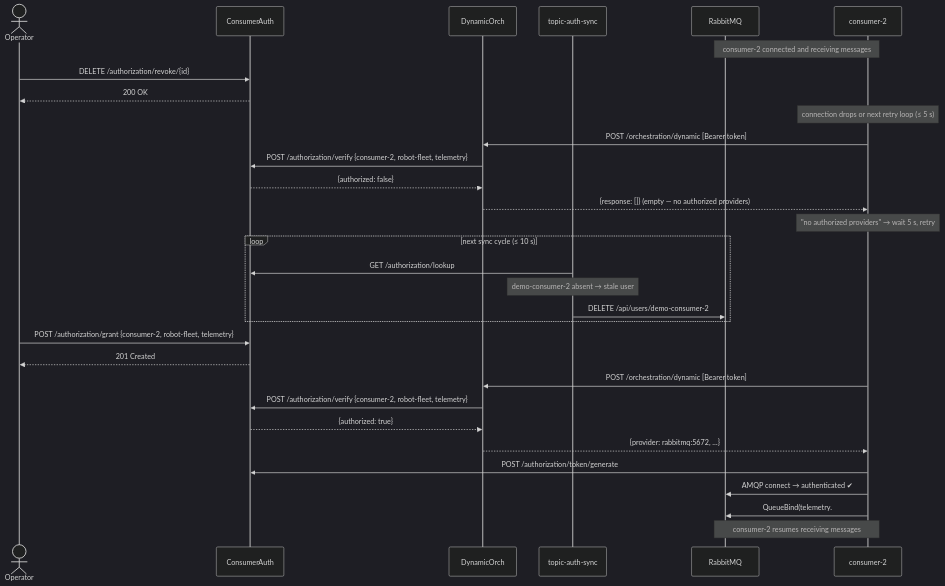
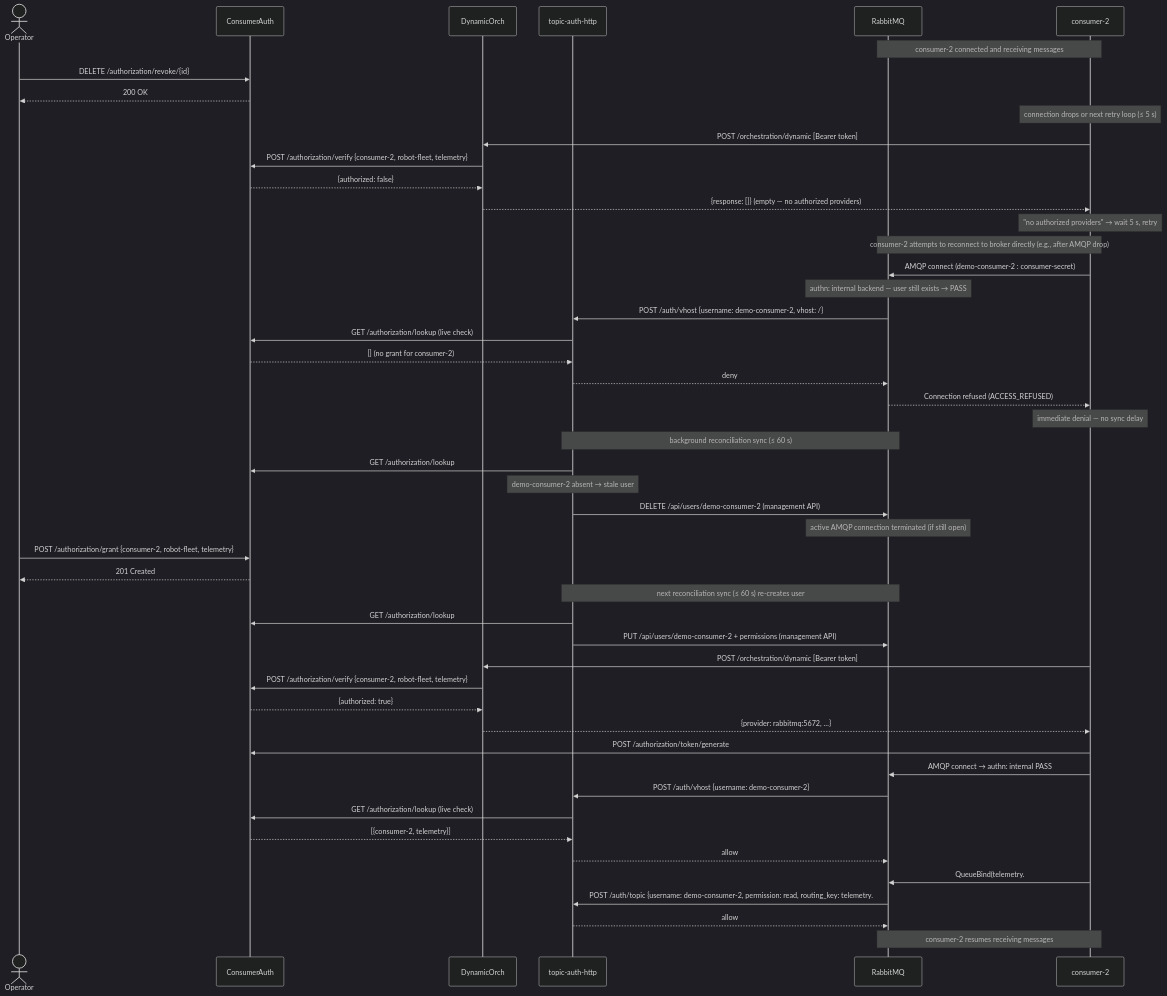
One commit to ulfbod/Arrowhead-experimental-core-systems changed the fourth of 4 diagrams in experiments/experiment-4/DIAGRAMS.md. Above: the diagram before and after it, drawn with Mermaid (dark theme). The commit also changed other lines of this file and 6 other files, not shown here.

````diff
--- a/experiments/experiment-4/DIAGRAMS.md
+++ b/experiments/experiment-4/DIAGRAMS.md
@@ -159,39 +182,59 @@
 ```mermaid
 sequenceDiagram
     actor Operator
     participant CA as ConsumerAuth
     participant DO as DynamicOrch
-    participant TAS as topic-auth-sync
+    participant TAH as topic-auth-http
     participant RMQ as RabbitMQ
     participant C2 as consumer-2
 
     Note over C2,RMQ: consumer-2 connected and receiving messages
 
     Operator->>CA: DELETE /authorization/revoke/{id}
     CA-->>Operator: 200 OK
 
     Note over C2: connection drops or next retry loop (≤ 5 s)
     C2->>DO: POST /orchestration/dynamic  [Bearer token]
     DO->>CA: POST /authorization/verify {consumer-2, robot-fleet, telemetry}
     CA-->>DO: {authorized: false}
     DO-->>C2: {response: []}  (empty — no authorized providers)
     Note over C2: "no authorized providers" → wait 5 s, retry
 
-    loop next sync cycle (≤ 10 s)
-        TAS->>CA: GET /authorization/lookup
-        Note over TAS: demo-consumer-2 absent → stale user
-        TAS->>RMQ: DELETE /api/users/demo-consumer-2
-    end
+    Note over C2,RMQ: consumer-2 attempts to reconnect to broker directly (e.g., after AMQP drop)
+    C2->>RMQ: AMQP connect (demo-consumer-2 : consumer-secret)
+    Note over RMQ: authn: internal backend — user still exists → PASS
+    RMQ->>TAH: POST /auth/vhost  {username: demo-consumer-2, vhost: /}
+    TAH->>CA: GET /authorization/lookup  (live check)
+    CA-->>TAH: []  (no grant for consumer-2)
+    TAH-->>RMQ: deny
+    RMQ-->>C2: Connection refused (ACCESS_REFUSED)
+    Note over C2: immediate denial — no sync delay
+
+    Note over TAH,RMQ: background reconciliation sync (≤ 60 s)
+    TAH->>CA: GET /authorization/lookup
+    Note over TAH: demo-consumer-2 absent → stale user
+    TAH->>RMQ: DELETE /api/users/demo-consumer-2 (management API)
+    Note over RMQ: active AMQP connection terminated (if still open)
 
     Operator->>CA: POST /authorization/grant {consumer-2, robot-fleet, telemetry}
     CA-->>Operator: 201 Created
+
+    Note over TAH,RMQ: next reconciliation sync (≤ 60 s) re-creates user
+    TAH->>CA: GET /authorization/lookup
+    TAH->>RMQ: PUT /api/users/demo-consumer-2 + permissions (management API)
 
     C2->>DO: POST /orchestration/dynamic  [Bearer token]
     DO->>CA: POST /authorization/verify {consumer-2, robot-fleet, telemetry}
     CA-->>DO: {authorized: true}
     DO-->>C2: {provider: rabbitmq:5672, …}
     C2->>CA: POST /authorization/token/generate
-    C2->>RMQ: AMQP connect → authenticated ✔
-    C2->>RMQ: QueueBind(telemetry.#) — topic check: ^telemetry\. ✔
+    C2->>RMQ: AMQP connect → authn: internal PASS
+    RMQ->>TAH: POST /auth/vhost  {username: demo-consumer-2}
+    TAH->>CA: GET /authorization/lookup  (live check)
+    CA-->>TAH: [{consumer-2, telemetry}]
+    TAH-->>RMQ: allow
+    C2->>RMQ: QueueBind(telemetry.#)
+    RMQ->>TAH: POST /auth/topic  {username: demo-consumer-2, permission: read, routing_key: telemetry.#}
+    TAH-->>RMQ: allow
     Note over C2,RMQ: consumer-2 resumes receiving messages
 ```
````
